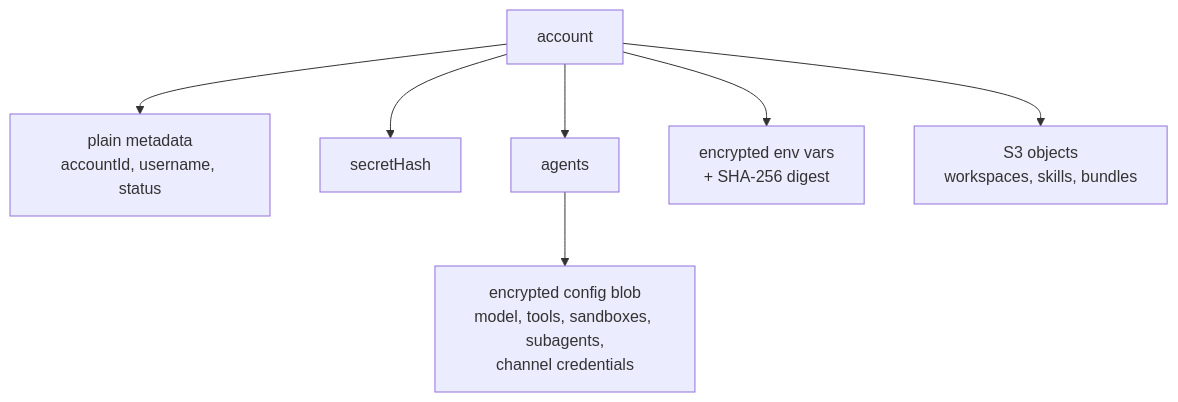
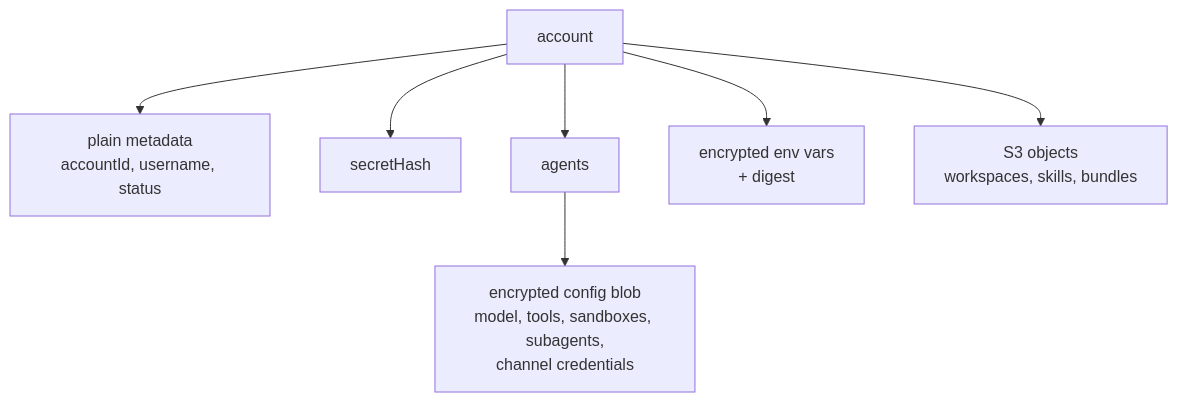
The second of 8 diagrams in apps/docs/docs/internals/security.md (beeblastco/broods), drawn with Mermaid before and after one commit. The commit also changed other lines of this file and 13 other files, not shown here.

First line of the commit message:
docs(internals): diagram-first rewrite of the remaining internals pages

````diff
--- a/apps/docs/docs/internals/security.md
+++ b/apps/docs/docs/internals/security.md
@@ -7,9 +41,9 @@
 ```mermaid
 flowchart TD
   Account["account"] --> Meta["plain metadata<br/>accountId, username, status"]
   Account --> Hash["secretHash"]
   Account --> Agent["agents"]
   Agent --> Config["encrypted config blob<br/>model, tools, sandboxes, subagents,<br/>channel credentials"]
-  Account --> Env["encrypted env vars<br/>+ SHA-256 digest"]
+  Account --> Env["encrypted env vars<br/>+ digest"]
   Account --> S3["S3 objects<br/>workspaces, skills, bundles"]
 ```
````
